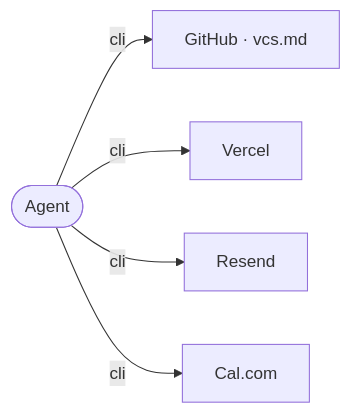
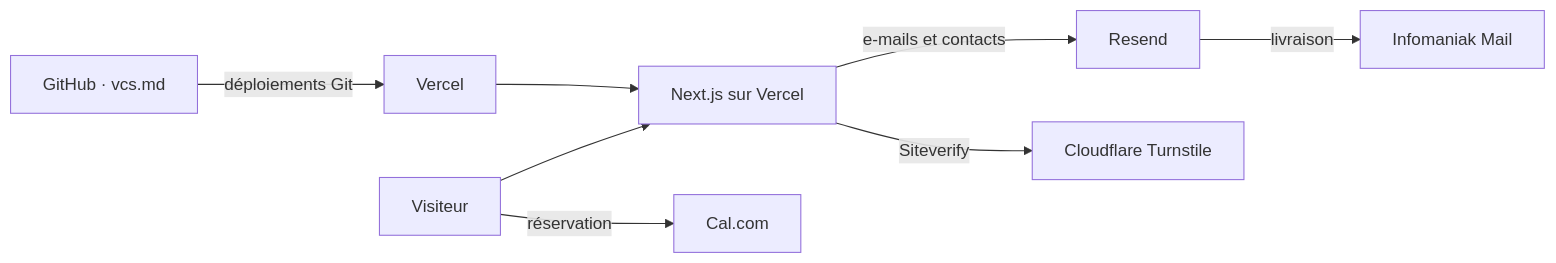
The diagram in aidd_docs/memory/ecosystem.md (yanix2445/Portfolio-Student), drawn with Mermaid before and after one commit. The commit also changed other lines of this file and 9 other files, not shown here.

````diff
--- a/aidd_docs/memory/ecosystem.md
+++ b/aidd_docs/memory/ecosystem.md
@@ -3,13 +3,19 @@
 ```mermaid
 flowchart LR
-    Agent([Agent])
+    Browser[Visiteur]
+    App[Next.js sur Vercel]
     GitHub["GitHub · vcs.md"]
     Vercel["Vercel"]
     Resend["Resend"]
     Cal["Cal.com"]
+    Turnstile["Cloudflare Turnstile"]
+    Infomaniak["Infomaniak Mail"]
 
-    Agent -- cli --> GitHub
-    Agent -- cli --> Vercel
-    Agent -- cli --> Resend
-    Agent -- cli --> Cal
+    GitHub -- déploiements Git --> Vercel
+    Vercel --> App
+    Browser --> App
+    App -- Siteverify --> Turnstile
+    App -- e-mails et contacts --> Resend
+    Resend -- livraison --> Infomaniak
+    Browser -- réservation --> Cal
 ```
````
